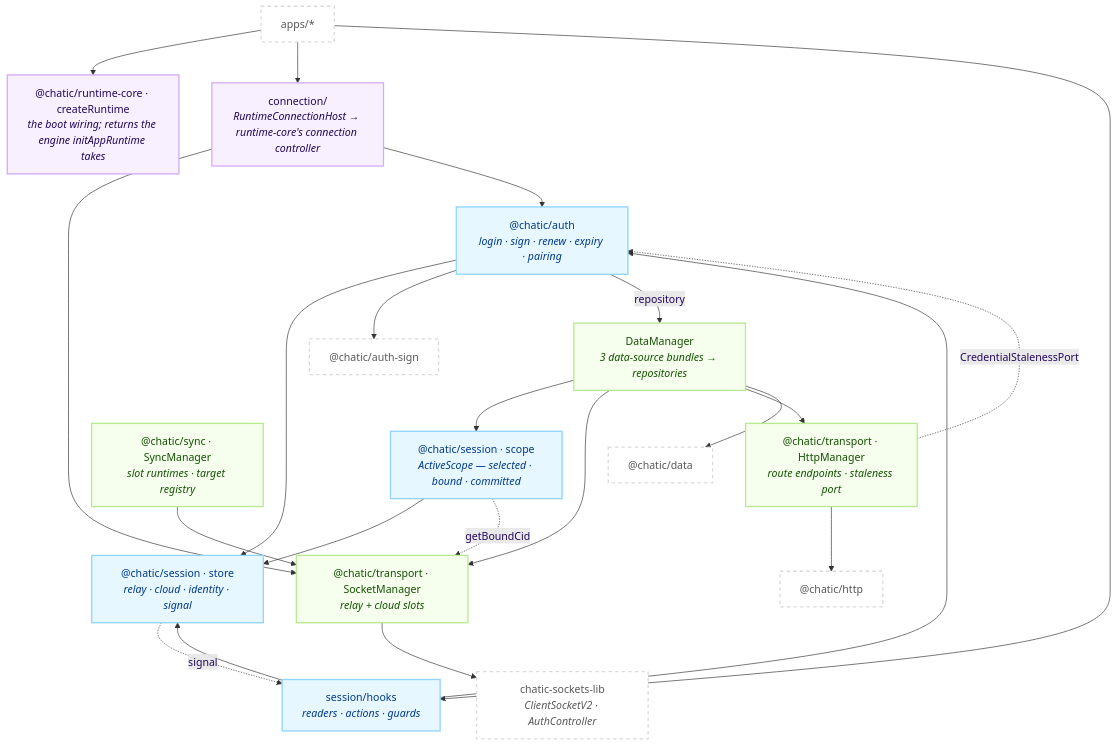
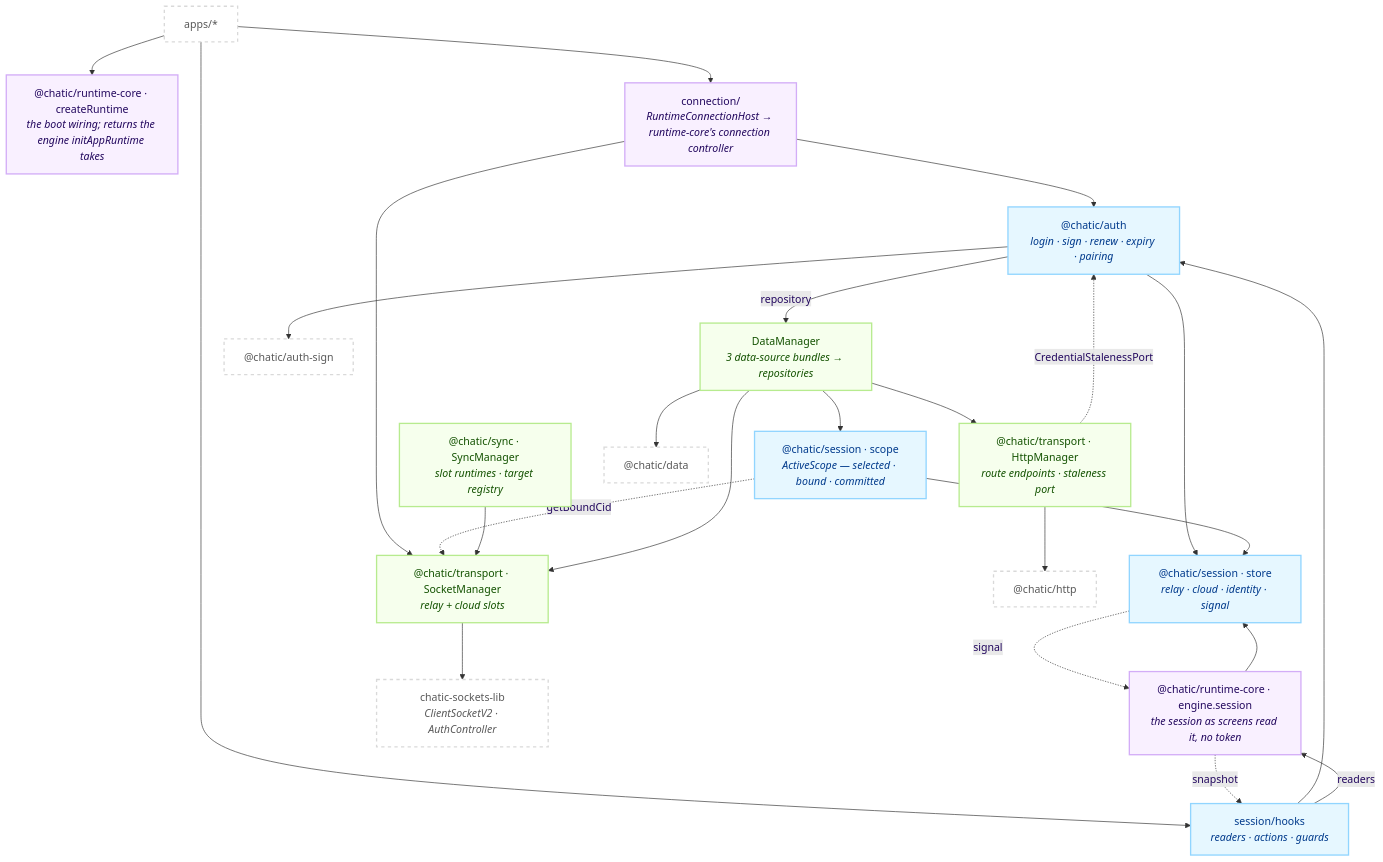
Before and after one commit to lemoncloud-io/dou-app: the first of 2 diagrams in libs/app-runtime/README.md, drawn with Mermaid. The commit also changed other lines of this file and 38 other files, not shown here.

````diff
--- a/libs/app-runtime/README.md
+++ b/libs/app-runtime/README.md
@@ -74,48 +74,51 @@
 ```mermaid
 flowchart TD
     classDef root fill:#f9f0ff,stroke:#d3adf7,stroke-width:2px,color:#22075e;
     classDef sess fill:#e6f7ff,stroke:#91d5ff,stroke-width:2px,color:#003a8c;
     classDef eng fill:#f6ffed,stroke:#b7eb8f,stroke-width:2px,color:#135200;
     classDef ext fill:#ffffff,stroke:#d9d9d9,stroke-width:2px,color:#595959,stroke-dasharray: 5 5;
 
     App["apps/*"]:::ext
     Init["@chatic/runtime-core · createRuntime<br/><i>the boot wiring; returns the engine initAppRuntime takes</i>"]:::root
     Host["connection/<br/><i>RuntimeConnectionHost → runtime-core's connection controller</i>"]:::root
 
     Hooks["session/hooks<br/><i>readers · actions · guards</i>"]:::sess
+    View["@chatic/runtime-core · engine.session<br/><i>the session as screens read it, no token</i>"]:::root
     Auth["@chatic/auth<br/><i>login · sign · renew · expiry · pairing</i>"]:::sess
     Store["@chatic/session · store<br/><i>relay · cloud · identity · signal</i>"]:::sess
     Scope["@chatic/session · scope<br/><i>ActiveScope — selected · bound · committed</i>"]:::sess
 
     SM["@chatic/transport · SocketManager<br/><i>relay + cloud slots</i>"]:::eng
     SyncM["@chatic/sync · SyncManager<br/><i>slot runtimes · target registry</i>"]:::eng
     HM["@chatic/transport · HttpManager<br/><i>route endpoints · staleness port</i>"]:::eng
     DM["DataManager<br/><i>3 data-source bundles → repositories</i>"]:::eng
 
     SDK["chatic-sockets-lib<br/><i>ClientSocketV2 · AuthController</i>"]:::ext
     Data["@chatic/data"]:::ext
     Http["@chatic/http"]:::ext
     Sign["@chatic/auth-sign"]:::ext
 
     App --> Init
     App --> Host
     App --> Hooks
     Host --> SM
     Host --> Auth
     Hooks --> Auth
-    Hooks --> Store
+    Hooks -->|"readers"| View
+    View --> Store
     Auth --> Store
     Auth --> Sign
     Auth -->|"repository"| DM
     Scope --> Store
     Scope -.->|"getBoundCid"| SM
-    Store -.->|"signal"| Hooks
+    Store -.->|"signal"| View
+    View -.->|"snapshot"| Hooks
     SM --> SDK
     SyncM --> SM
     DM --> Scope
     DM --> SM
     DM --> HM
     DM --> Data
     HM --> Http
     HM -.->|"CredentialStalenessPort"| Auth
 ```
````
